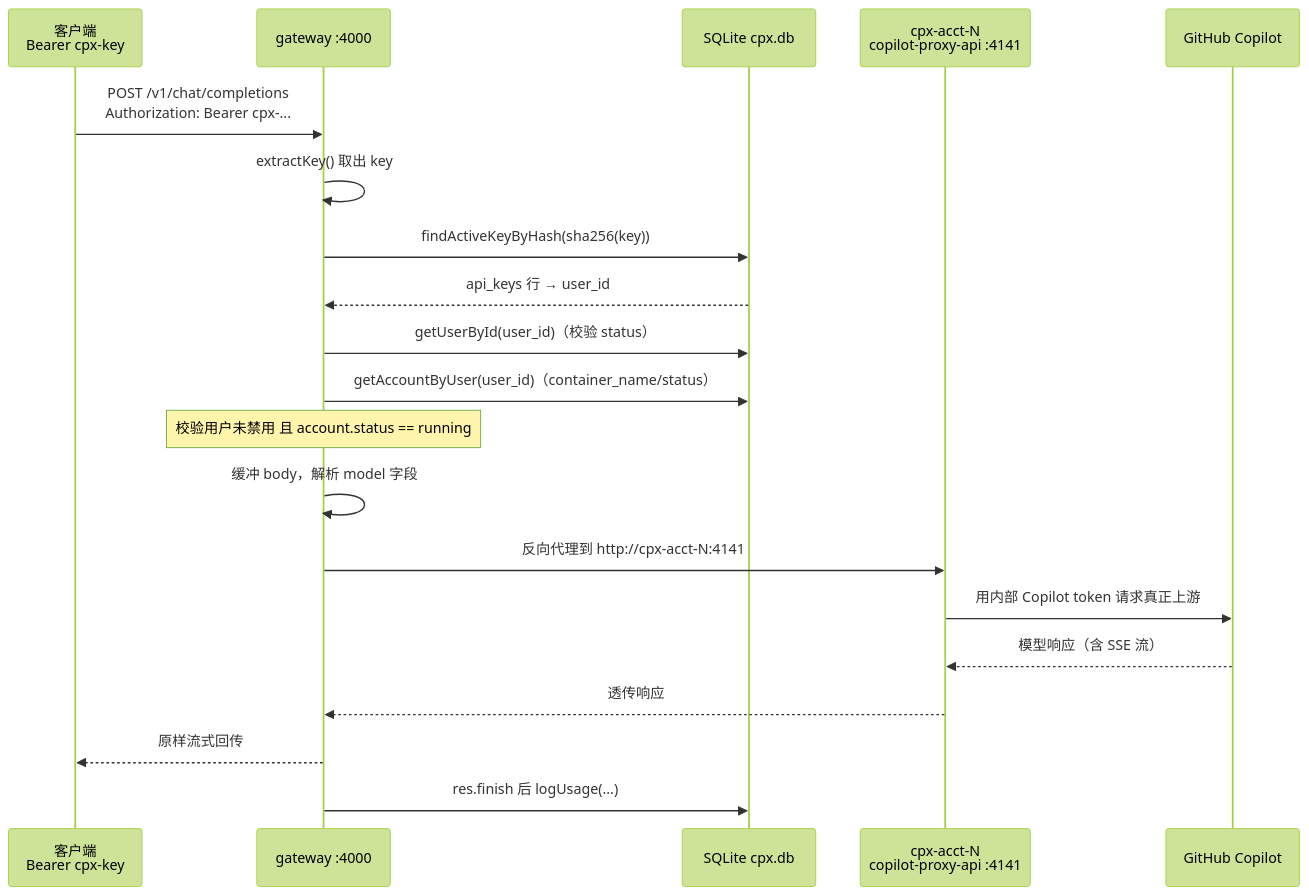
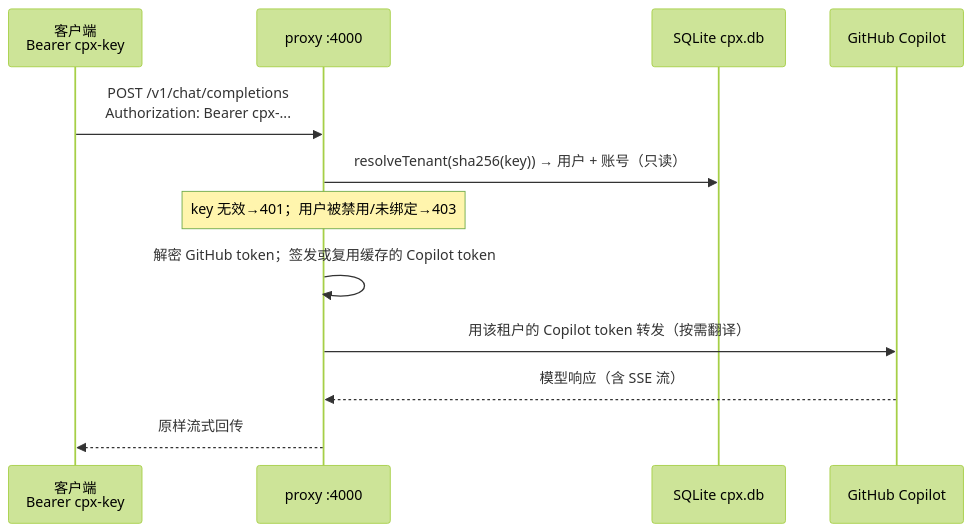
Before and after one commit to xxinine/github-copilot-proxy: the second of 2 diagrams in README.zh-CN.md, drawn with Mermaid (forest theme). The commit also changed other lines of this file and 111 other files, not shown here.

First line of the commit message:
Fork copilot-proxy-api into a single-process multi-tenant proxy

````diff
--- a/README.zh-CN.md
+++ b/README.zh-CN.md
@@ -50,23 +59,15 @@
 ```mermaid
 sequenceDiagram
     participant C as 客户端<br/>Bearer cpx-key
-    participant G as gateway :4000
+    participant P as proxy :4000
     participant DB as SQLite cpx.db
-    participant A as cpx-acct-N<br/>copilot-proxy-api :4141
     participant GH as GitHub Copilot
 
-    C->>G: POST /v1/chat/completions<br/>Authorization: Bearer cpx-...
-    G->>G: extractKey() 取出 key
-    G->>DB: findActiveKeyByHash(sha256(key))
-    DB-->>G: api_keys 行 → user_id
-    G->>DB: getUserById(user_id)（校验 status）
-    G->>DB: getAccountByUser(user_id)（container_name/status）
-    Note over G: 校验用户未禁用 且 account.status == running
-    G->>G: 缓冲 body，解析 model 字段
-    G->>A: 反向代理到 http://cpx-acct-N:4141
-    A->>GH: 用内部 Copilot token 请求真正上游
-    GH-->>A: 模型响应（含 SSE 流）
-    A-->>G: 透传响应
-    G-->>C: 原样流式回传
-    G->>DB: res.finish 后 logUsage(...)
+    C->>P: POST /v1/chat/completions<br/>Authorization: Bearer cpx-...
+    P->>DB: resolveTenant(sha256(key)) → 用户 + 账号（只读）
+    Note over P: key 无效→401；用户被禁用/未绑定→403
+    P->>P: 解密 GitHub token；签发或复用缓存的 Copilot token
+    P->>GH: 用该租户的 Copilot token 转发（按需翻译）
+    GH-->>P: 模型响应（含 SSE 流）
+    P-->>C: 原样流式回传
 ```
````
